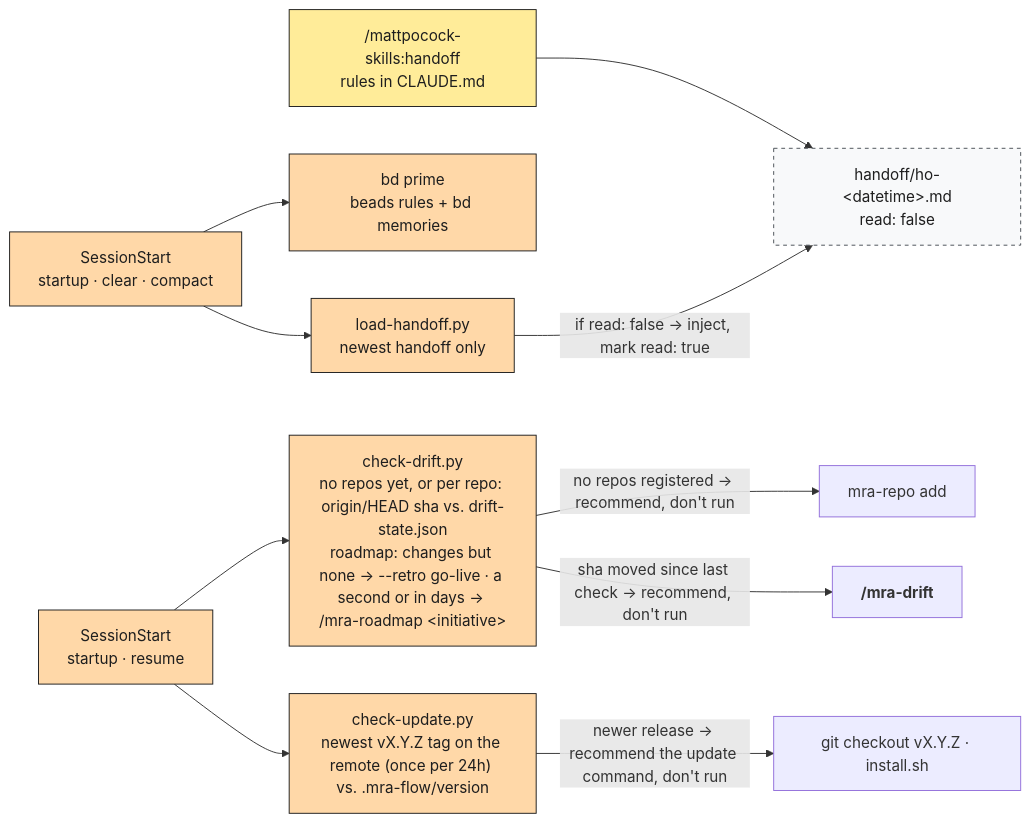
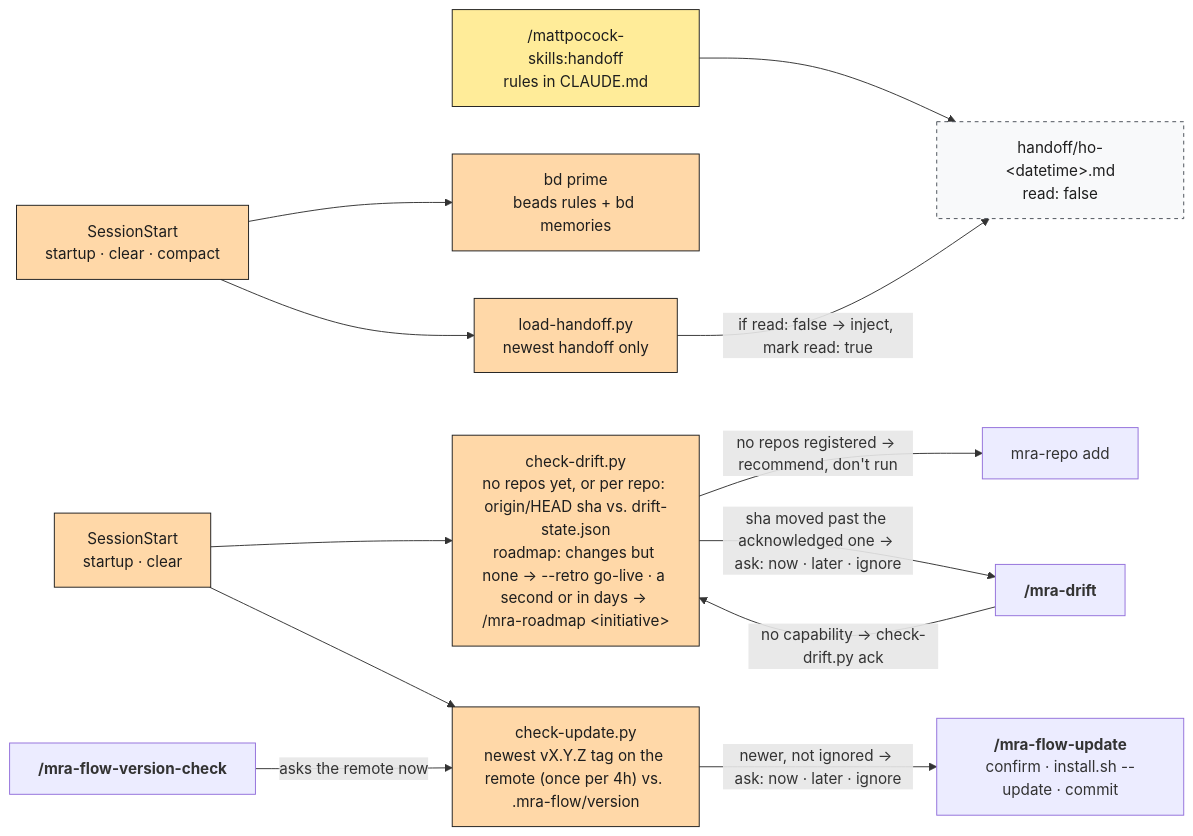
One commit to Ancora-Ancora/mra-flow changed the fifth of 5 diagrams in payload/orchestrator/.mra-flow/docs/mra-flow.md. Above: the diagram before and after it, drawn with Mermaid. The commit also changed 12 other files, not shown here.

First line of the commit message:
Ask now, later or ignore on session start and /clear; add update commands

````diff
--- a/payload/orchestrator/.mra-flow/docs/mra-flow.md
+++ b/payload/orchestrator/.mra-flow/docs/mra-flow.md
@@ -260,17 +260,19 @@
 ```mermaid
 %%{init: {"themeCSS": ".t{font-size:1.25em;font-weight:700} .bos,.bsp,.bmp,.bcu{padding:2px 6px} .bos{background:#a5d8ff} .bsp{background:#b2f2bb} .bmp{background:#ffec99} .bcu{background:#d0bfff}"}}%%
 flowchart LR
     classDef mp fill:#ffec99,stroke:#1e1e1e,color:#1e1e1e
     classDef hook fill:#ffd8a8,stroke:#1e1e1e,color:#1e1e1e
     classDef art fill:#f8f9fa,stroke:#495057,stroke-dasharray:4 4,color:#1e1e1e
 
     ho["/mattpocock-skills:handoff<br/>rules in CLAUDE.md"]:::mp --> hf["handoff/ho-#lt;datetime#gt;.md<br/>read: false"]:::art
     ss["SessionStart<br/>startup · clear · compact"]:::hook --> bp["bd prime<br/>beads rules + bd memories"]:::hook
     ss --> lh["load-handoff.py<br/>newest handoff only"]:::hook
     lh -- "if read: false → inject, mark read: true" --> hf
-    ss2["SessionStart<br/>startup · resume"]:::hook --> cd["check-drift.py<br/>no repos yet, or per repo: origin/HEAD sha vs. drift-state.json<br/>roadmap: changes but none → --retro go-live · a second or in days → /mra-roadmap #lt;initiative#gt;"]:::hook
+    ss2["SessionStart<br/>startup · clear"]:::hook --> cd["check-drift.py<br/>no repos yet, or per repo: origin/HEAD sha vs. drift-state.json<br/>roadmap: changes but none → --retro go-live · a second or in days → /mra-roadmap #lt;initiative#gt;"]:::hook
     cd -- "no repos registered → recommend, don't run" --> mr["mra-repo add"]
-    cd -- "sha moved since last check → recommend, don't run" --> dr["<b class='t'>/mra-drift</b>"]
-    ss2 --> cu["check-update.py<br/>newest vX.Y.Z tag on the remote (once per 24h) vs. .mra-flow/version"]:::hook
-    cu -- "newer release → recommend the update command, don't run" --> up["git checkout vX.Y.Z · install.sh"]
+    cd -- "sha moved past the acknowledged one → ask: now · later · ignore" --> dr["<b class='t'>/mra-drift</b>"]
+    dr -- "no capability → check-drift.py ack" --> cd
+    ss2 --> cu["check-update.py<br/>newest vX.Y.Z tag on the remote (once per 4h) vs. .mra-flow/version"]:::hook
+    cu -- "newer, not ignored → ask: now · later · ignore" --> up["<b class='t'>/mra-flow-update</b><br/>confirm · install.sh --update · commit"]
+    vc["<b class='t'>/mra-flow-version-check</b>"] -- "asks the remote now" --> cu
 ```
````
